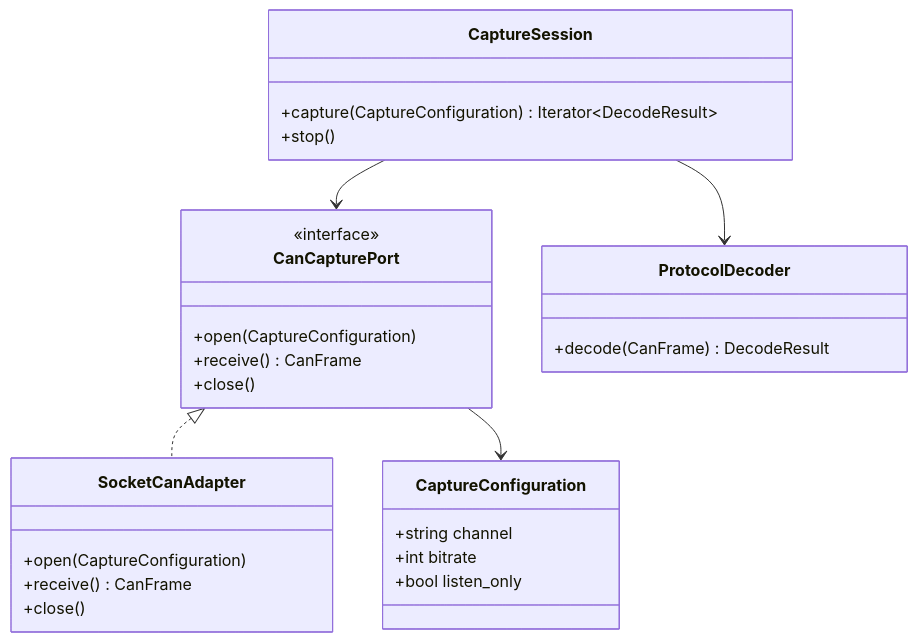
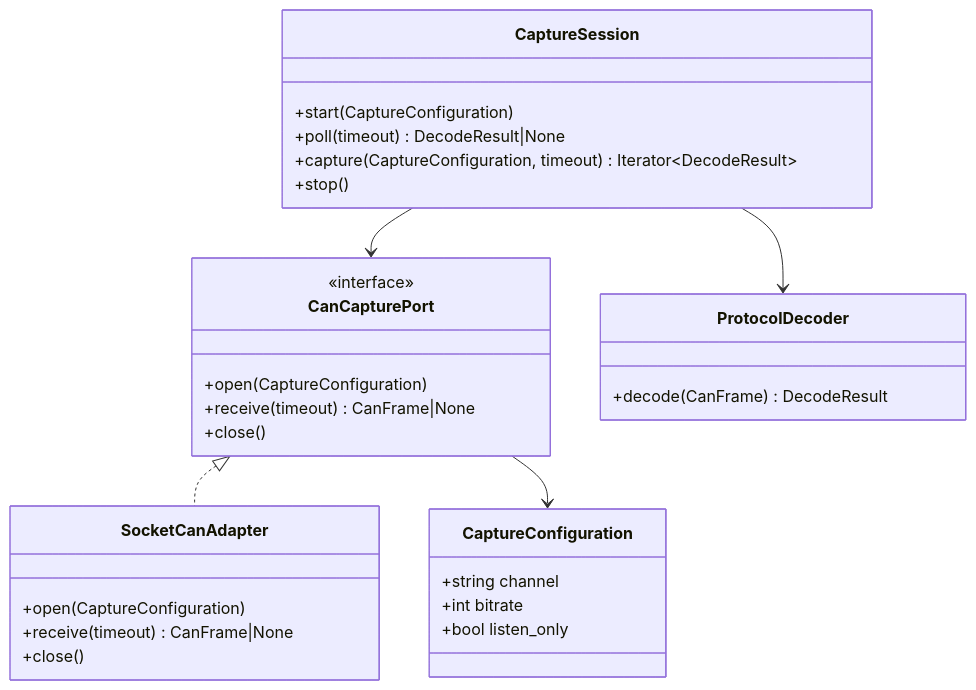
The diagram in docs/architecture/diagrams/can-capture/04-class.md (benoit-bremaud/can-sniffer), drawn with Mermaid before and after one commit. The commit also changed 5 other files, not shown here.

Commit message:
fix(capture): harden cleanup and align capture diagrams

````diff
--- a/docs/architecture/diagrams/can-capture/04-class.md
+++ b/docs/architecture/diagrams/can-capture/04-class.md
@@ -9,30 +9,32 @@
 ```mermaid
 classDiagram
     class CaptureConfiguration {
         +string channel
         +int bitrate
         +bool listen_only
     }
     class CanCapturePort {
         <<interface>>
         +open(CaptureConfiguration)
-        +receive() CanFrame
+        +receive(timeout) CanFrame|None
         +close()
     }
     class SocketCanAdapter {
         +open(CaptureConfiguration)
-        +receive() CanFrame
+        +receive(timeout) CanFrame|None
         +close()
     }
     class CaptureSession {
-        +capture(CaptureConfiguration) Iterator~DecodeResult~
+        +start(CaptureConfiguration)
+        +poll(timeout) DecodeResult|None
+        +capture(CaptureConfiguration, timeout) Iterator~DecodeResult~
         +stop()
     }
     class ProtocolDecoder {
         +decode(CanFrame) DecodeResult
     }
     CanCapturePort <|.. SocketCanAdapter
     CaptureSession --> CanCapturePort
     CaptureSession --> ProtocolDecoder
     CanCapturePort --> CaptureConfiguration
 ```
````
